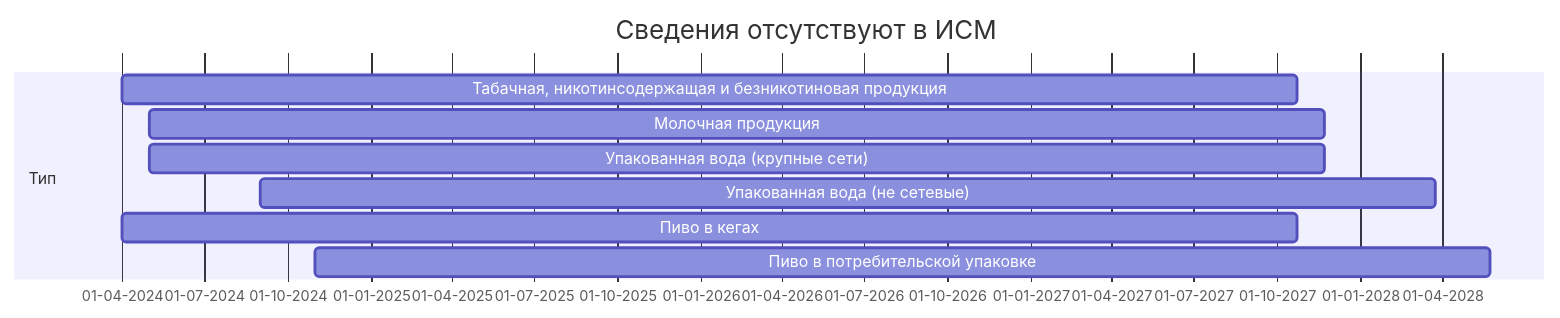
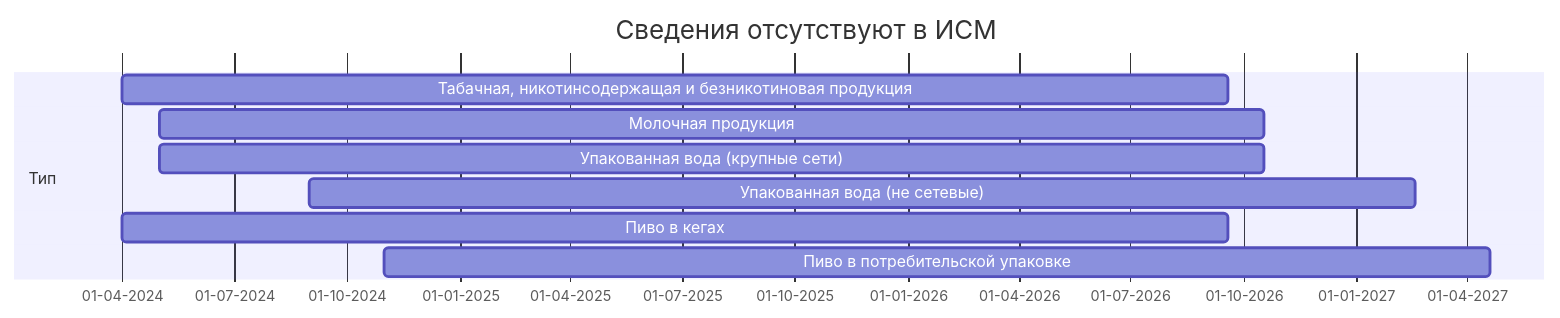
The first of 7 diagrams in imark/ppr1944.md (itidasoft/wiki), drawn with Mermaid before and after one commit. The commit also changed other lines of this file, not shown here.

````diff
--- a/imark/ppr1944.md
+++ b/imark/ppr1944.md
@@ -195,13 +195,13 @@
 ```mermaid
 gantt
 	title Сведения отсутствуют в ИСМ
   dateFormat DD-MM-YYYY
   axisFormat %d-%m-%Y
   section Тип
-  	Табачная, никотинсодержащая и безникотиновая продукция          :a1, 01-04-2024, 1300d
-    Молочная продукция    :a2, 01-05-2024, 1300d
-    Упакованная вода (крупные сети)   :a3, 01-05-2024, 1300d
-    Упакованная вода (не сетевые)   :a4, 01-09-2024, 1300d
-    Пиво в кегах       :a5, 01-04-2024, 1300d
-    Пиво в потребительской упаковке       :a6, 01-11-2024, 1300d
+  	Табачная, никотинсодержащая и безникотиновая продукция          :a1, 01-04-2024, 900d
+    Молочная продукция    :a2, 01-05-2024, 900d
+    Упакованная вода (крупные сети)   :a3, 01-05-2024, 900d
+    Упакованная вода (не сетевые)   :a4, 01-09-2024, 900d
+    Пиво в кегах       :a5, 01-04-2024, 900d
+    Пиво в потребительской упаковке       :a6, 01-11-2024, 900d
 ``` 
````
